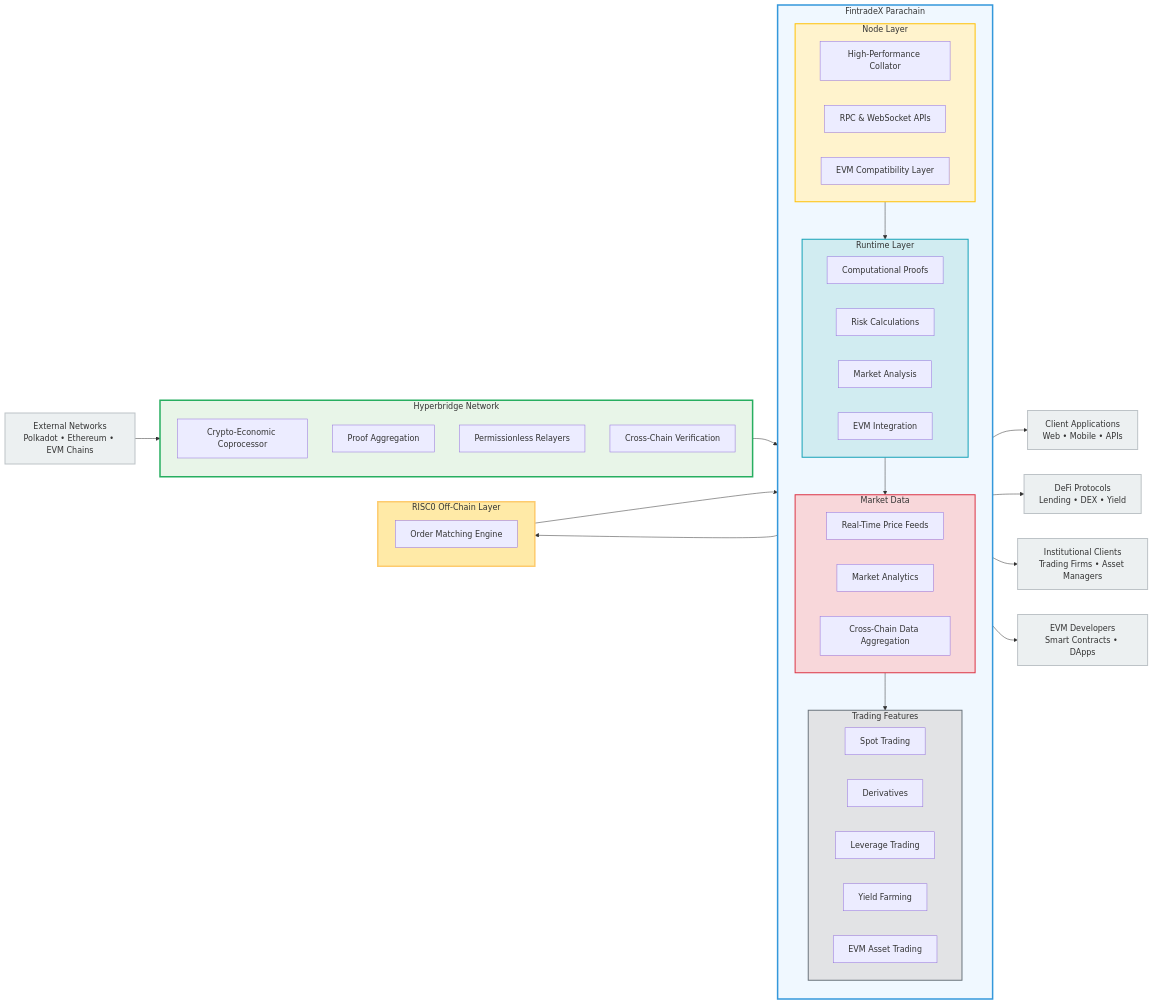
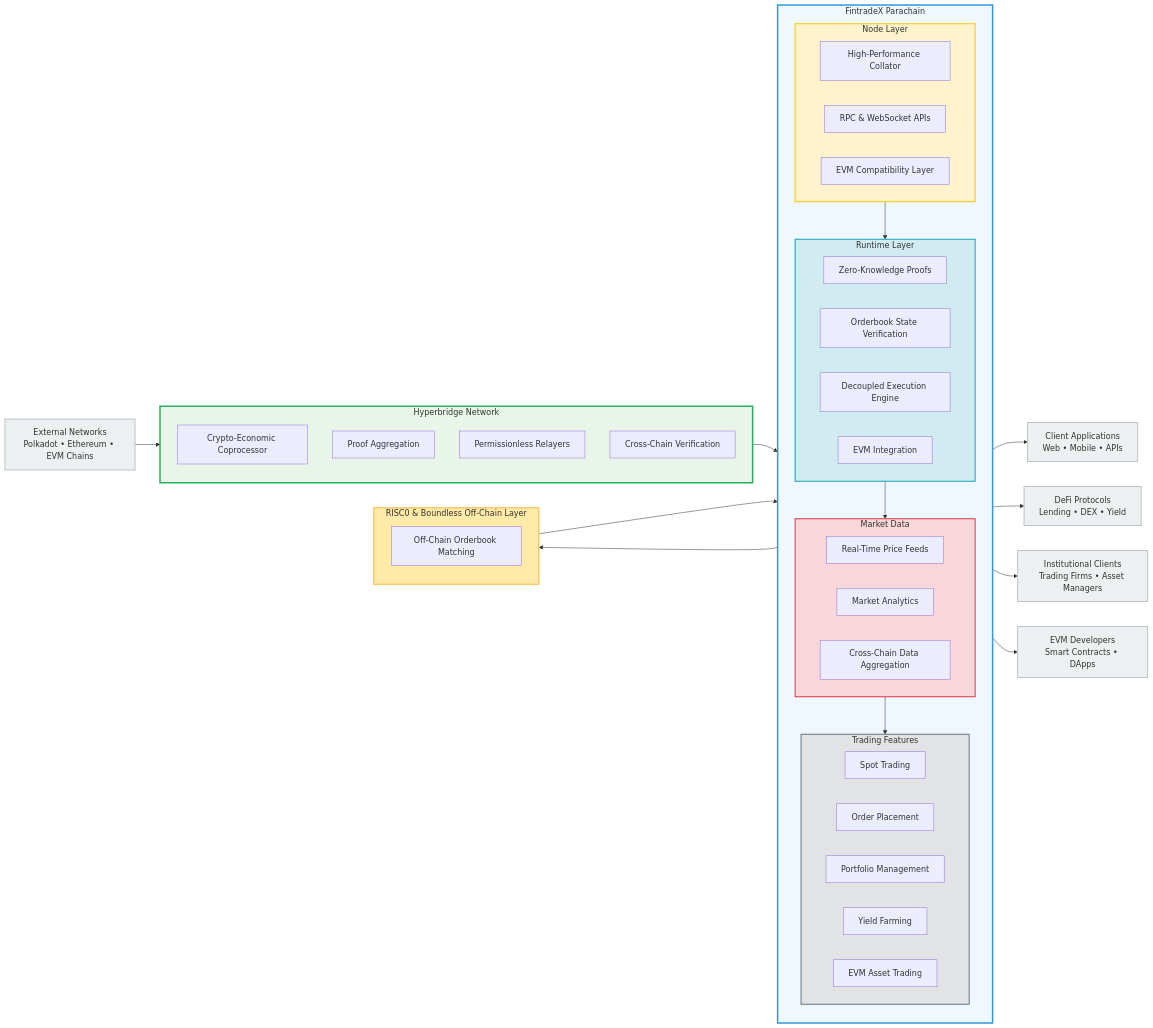
One commit to fintradev/fintradex changed the diagram in README.md. Above: the diagram before and after it, drawn with Mermaid. The commit also changed other lines of this file, not shown here.

```diff
--- a/README.md
+++ b/README.md
@@ -49,7 +49,7 @@
         
         subgraph RL[Runtime Layer]
             R1[Trading Engine]
-            R2[Order Book Management]
+            R2[On-Chain Orderbook State]
             R3[Governance & Staking]
             R4[EVM Integration]
         end
@@ -62,19 +62,19 @@
         
         subgraph SF[Trading Features]
             T1[Spot Trading]
-            T2[Derivatives]
-            T3[Leverage Trading]
+            T2[Order Placement]
+            T3[Portfolio Management]
             T4[Yield Farming]
             T5[EVM Asset Trading]
         end
     end
     
-    %% RISC0 Off-Chain Layer
-    subgraph RISC[RISC0 Off-Chain Layer]
-        R0[Order Matching Engine]
-        R1[Computational Proofs]
-        R2[Risk Calculations]
-        R3[Market Analysis]
+    %% RISC0 & Boundless Off-Chain Layer
+    subgraph RISC[RISC0 & Boundless Off-Chain Layer]
+        R0[Off-Chain Orderbook Matching]
+        R1[Zero-Knowledge Proofs]
+        R2[Orderbook State Verification]
+        R3[Decoupled Execution Engine]
     end
     
     %% Clients
```
